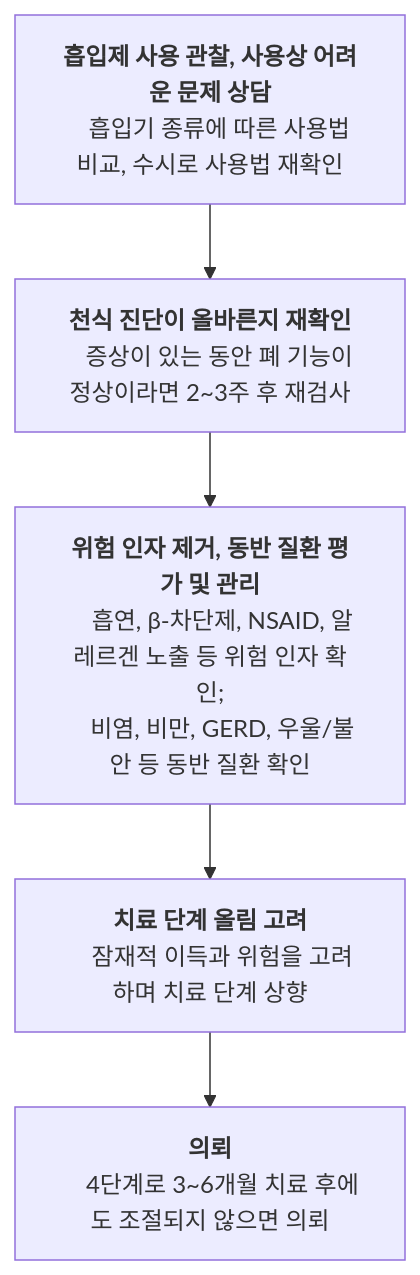
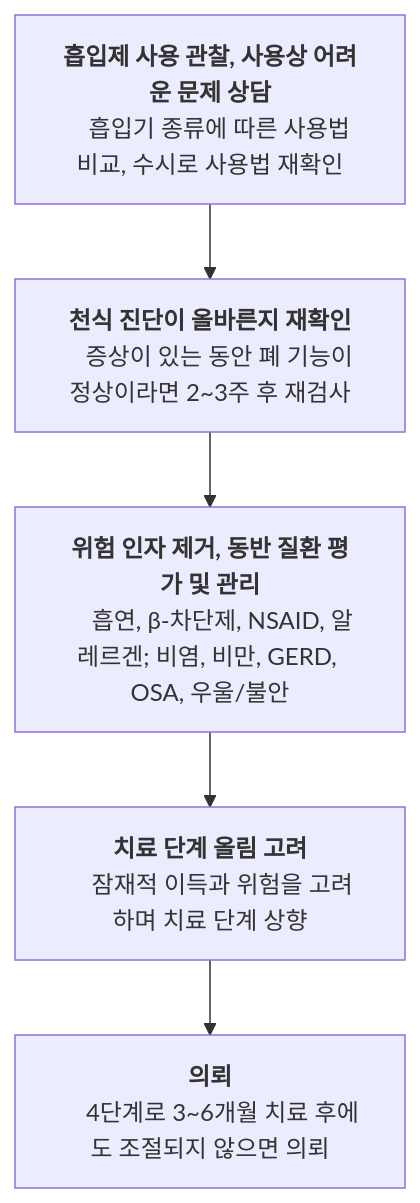
The third of 3 diagrams in 223_/071_-asthma.md (familyoh77/familyoh77), drawn with Mermaid before and after one commit. The commit also changed other lines of this file, not shown here.

````diff
--- a/223_/071_-asthma.md
+++ b/223_/071_-asthma.md
@@ -938,14 +859,13 @@
 ```mermaid
 flowchart TD
     A["<b>흡입제 사용 관찰, 사용상 어려운 문제 상담</b>
     흡입기 종류에 따른 사용법 비교, 수시로 사용법 재확인"]
     --> B["<b>천식 진단이 올바른지 재확인</b>
     증상이 있는 동안 폐 기능이 정상이라면 2~3주 후 재검사"]
     --> C["<b>위험 인자 제거, 동반 질환 평가 및 관리</b>
-    흡연, β-차단제, NSAID, 알레르겐 노출 등 위험 인자 확인;
-    비염, 비만, GERD, 우울/불안 등 동반 질환 확인"]
+    흡연, β-차단제, NSAID, 알레르겐; 비염, 비만, GERD, OSA, 우울/불안"]
     --> D["<b>치료 단계 올림 고려</b>
     잠재적 이득과 위험을 고려하며 치료 단계 상향"]
     --> E["<b>의뢰</b>
     4단계로 3~6개월 치료 후에도 조절되지 않으면 의뢰"]
 ```
````
